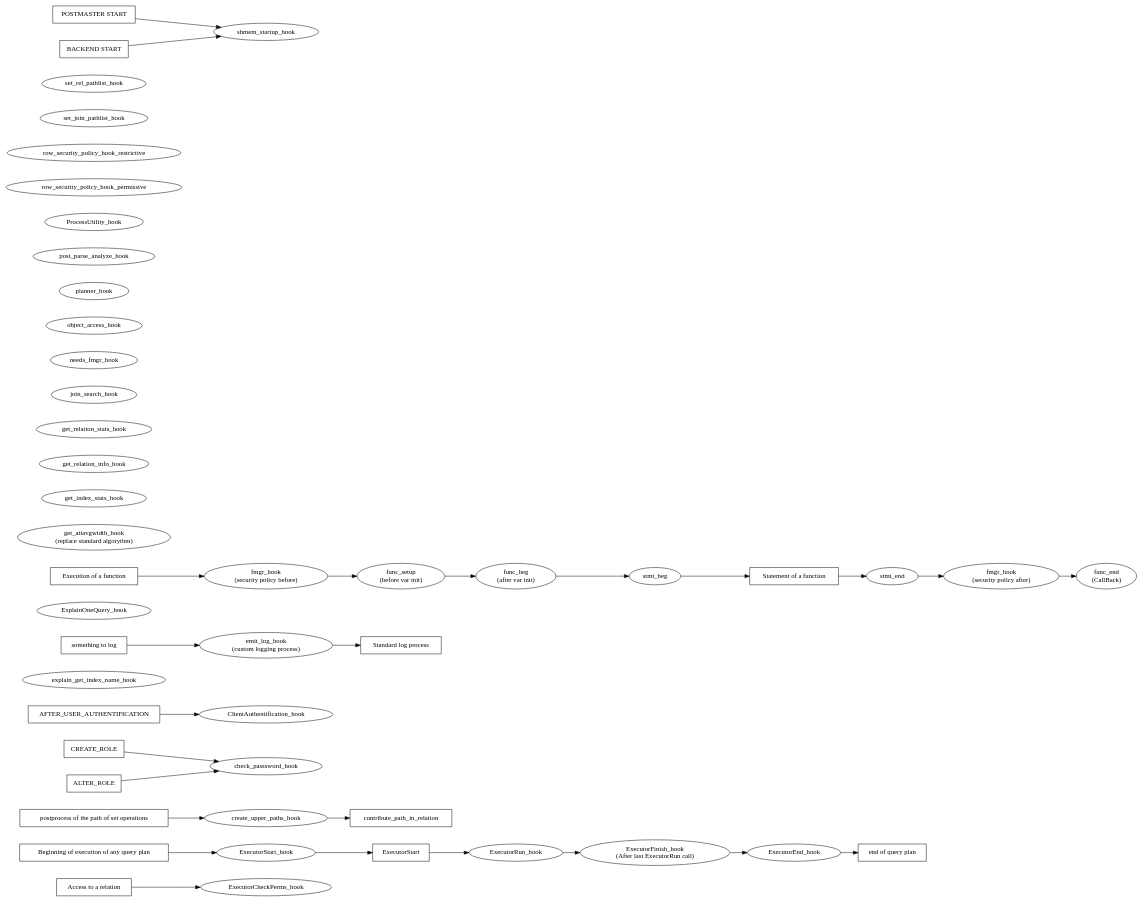
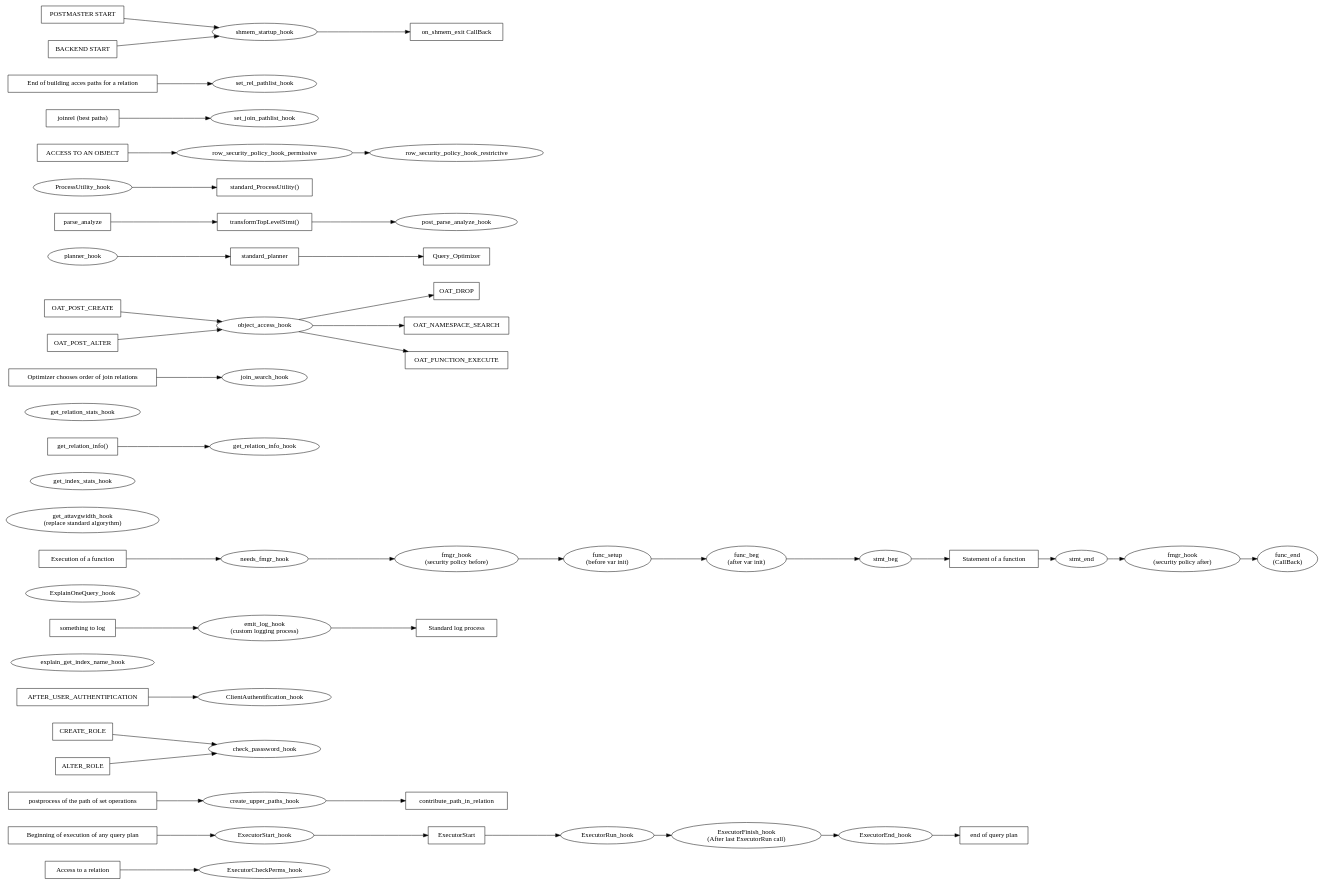
Before and after one commit to frbn/psql-hooks: the diagram in hooks.dot, drawn with Graphviz.

Commit message:
last addds in hooks.dot

```diff
--- a/hooks.dot
+++ b/hooks.dot
@@ -1,77 +1,98 @@
 digraph hooks {
     rankdir=LR
     node [shape=box];
     nodesep=0.5;
-    subgraph Executor {
-        ExecutorCheckPerms_hook     [shape=ellipse];
-        ExecutorStart_hook          [shape=ellipse];
-        ExecutorRun_hook            [shape=ellipse];
-        ExecutorEnd_hook            [shape=ellipse];
-        ExecutorFinish_hook [shape=ellipse][label="ExecutorFinish_hook\n(After last ExecutorRun call)"];
-        create_upper_paths_hook     [shape=ellipse];
-        check_passsword_hook        [shape=ellipse];
-        ClientAuthentification_hook [shape=ellipse];
-        explain_get_index_name_hook [shape=ellipse];
-        emit_log_hook               [shape=ellipse][label="emit_log_hook\n(custom logging process)"];
-        ExplainOneQuery_hook        [shape=ellipse];
+    ExecutorCheckPerms_hook     [shape=ellipse];
+    ExecutorStart_hook          [shape=ellipse];
+    ExecutorRun_hook            [shape=ellipse];
+    ExecutorEnd_hook            [shape=ellipse];
+    ExecutorFinish_hook [shape=ellipse][label="ExecutorFinish_hook\n(After last ExecutorRun call)"];
+    create_upper_paths_hook     [shape=ellipse];
+    check_passsword_hook        [shape=ellipse];
+    ClientAuthentification_hook [shape=ellipse];
+    explain_get_index_name_hook [shape=ellipse];
+    emit_log_hook               [shape=ellipse][label="emit_log_hook\n(custom logging process)"];
+    ExplainOneQuery_hook        [shape=ellipse];
         
         
-        fmgr_hook1                   [shape=ellipse][label="fmgr_hook \n(security policy before)"];
-        fmgr_hook2                   [shape=ellipse][label="fmgr_hook \n(security policy after)"];
-        func_beg                    [shape=ellipse][label="func_beg \n(after var init)"];
-        func_end                    [shape=ellipse][label="func_end \n(CallBack)"];
-        func_setup                  [shape=ellipse][label="func_setup \n(before var init)"];
-        "Execution of a function" -> fmgr_hook1 -> func_setup  -> func_beg;
-        fmgr_hook2 -> func_end;
+    fmgr_hook1                   [shape=ellipse][label="fmgr_hook \n(security policy before)"];
+    fmgr_hook2                   [shape=ellipse][label="fmgr_hook \n(security policy after)"];
+    func_beg                    [shape=ellipse][label="func_beg \n(after var init)"];
+    func_end                    [shape=ellipse][label="func_end \n(CallBack)"];
+    func_setup                  [shape=ellipse][label="func_setup \n(before var init)"];
+    "Execution of a function" ;
+    fmgr_hook1 -> func_setup  -> func_beg;
+    fmgr_hook2 -> func_end;
+    needs_fmgr_hook             [shape=ellipse];
+    "Execution of a function" -> needs_fmgr_hook -> fmgr_hook1;
+    stmt_beg                    [shape=ellipse];
+    stmt_end                    [shape=ellipse];
+    stmt_beg -> "Statement of a function" -> stmt_end;
+    func_beg -> stmt_beg;
+    stmt_end -> fmgr_hook2;
+    
+    
         
-        get_attavgwidth_hook        [shape=ellipse][label="get_attavgwidth_hook \n(replace standard algorythm)"];
+    get_attavgwidth_hook        [shape=ellipse][label="get_attavgwidth_hook \n(replace standard algorythm)"];
         
-        get_index_stats_hook        [shape=ellipse];
+    get_index_stats_hook        [shape=ellipse];
         
-        get_relation_info_hook      [shape=ellipse];
+    get_relation_info_hook      [shape=ellipse];
+    "get_relation_info()" -> get_relation_info_hook;
         
-        get_relation_stats_hook     [shape=ellipse];
+    get_relation_stats_hook     [shape=ellipse];
         
-        join_search_hook            [shape=ellipse];
+    join_search_hook            [shape=ellipse];
+    "Optimizer chooses order of join relations" -> join_search_hook;
         
-        needs_fmgr_hook             [shape=ellipse];
         
-        object_access_hook          [shape=ellipse];
+    object_access_hook          [shape=ellipse];
+    "OAT_POST_CREATE" -> object_access_hook;
+    "OAT_POST_ALTER" -> object_access_hook;
+    object_access_hook -> "OAT_DROP";
+    object_access_hook -> "OAT_NAMESPACE_SEARCH";
+    object_access_hook -> "OAT_FUNCTION_EXECUTE";
         
-        planner_hook                [shape=ellipse];
+    planner_hook                [shape=ellipse];
+    planner_hook -> standard_planner-> Query_Optimizer;
         
-        post_parse_analyze_hook     [shape=ellipse];
+    post_parse_analyze_hook     [shape=ellipse];
+    parse_analyze -> "transformTopLevelStmt()" -> post_parse_analyze_hook;
         
-        ProcessUtility_hook         [shape=ellipse];
+    ProcessUtility_hook         [shape=ellipse];
+    ProcessUtility_hook -> "standard_ProcessUtility()";
         
-        row_security_policy_hook_permissive     [shape=ellipse];
-        row_security_policy_hook_restrictive    [shape=ellipse];
+    row_security_policy_hook_permissive     [shape=ellipse];
+    row_security_policy_hook_restrictive    [shape=ellipse];
+    "ACCESS TO AN OBJECT" -> row_security_policy_hook_permissive -> row_security_policy_hook_restrictive;
         
-        set_join_pathlist_hook      [shape=ellipse];
-        set_rel_pathlist_hook       [shape=ellipse];
+    set_join_pathlist_hook      [shape=ellipse];
+    "joinrel (best paths)" -> set_join_pathlist_hook;
         
-        shmem_startup_hook          [shape=ellipse];
-        "POSTMASTER START" -> shmem_startup_hook ;
-        "BACKEND START" -> shmem_startup_hook ;
-         
+    set_rel_pathlist_hook       [shape=ellipse];
+    "End of building acces paths for a relation" -> set_rel_pathlist_hook;
         
-        stmt_beg                    [shape=ellipse];
-        stmt_end                    [shape=ellipse];
-        stmt_beg -> "Statement of a function" -> stmt_end;
+    shmem_startup_hook          [shape=ellipse];
+    "POSTMASTER START" -> shmem_startup_hook ;
+    "BACKEND START" -> shmem_startup_hook ;
+    shmem_startup_hook -> "on_shmem_exit CallBack";
+    
+    "Access to a relation" ->  ExecutorCheckPerms_hook;
         
-        func_beg -> stmt_beg;
-        stmt_end -> fmgr_hook2;
+    "Beginning of execution of any query plan" 
+        -> ExecutorStart_hook 
+        -> ExecutorStart -> ExecutorRun_hook 
+        ->  ExecutorFinish_hook -> ExecutorEnd_hook 
+    -> "end of query plan";
         
-        "Access to a relation" ->  ExecutorCheckPerms_hook;
-         
-        
-        "Beginning of execution of any query plan" -> ExecutorStart_hook -> ExecutorStart -> ExecutorRun_hook ->  ExecutorFinish_hook -> ExecutorEnd_hook -> "end of query plan";
-        
-    };
     { CREATE_ROLE, ALTER_ROLE } -> check_passsword_hook ;
     AFTER_USER_AUTHENTIFICATION -> ClientAuthentification_hook ;
-    "postprocess of the path of set operations" -> create_upper_paths_hook ;
-    create_upper_paths_hook -> contribute_path_in_relation ;
-    "something to log" -> emit_log_hook -> "Standard log process"  ;
     
+    "postprocess of the path of set operations" 
+        -> create_upper_paths_hook 
+        -> contribute_path_in_relation ;
+    
+    "something to log" 
+        -> emit_log_hook 
+        -> "Standard log process"  ;
 }
```
